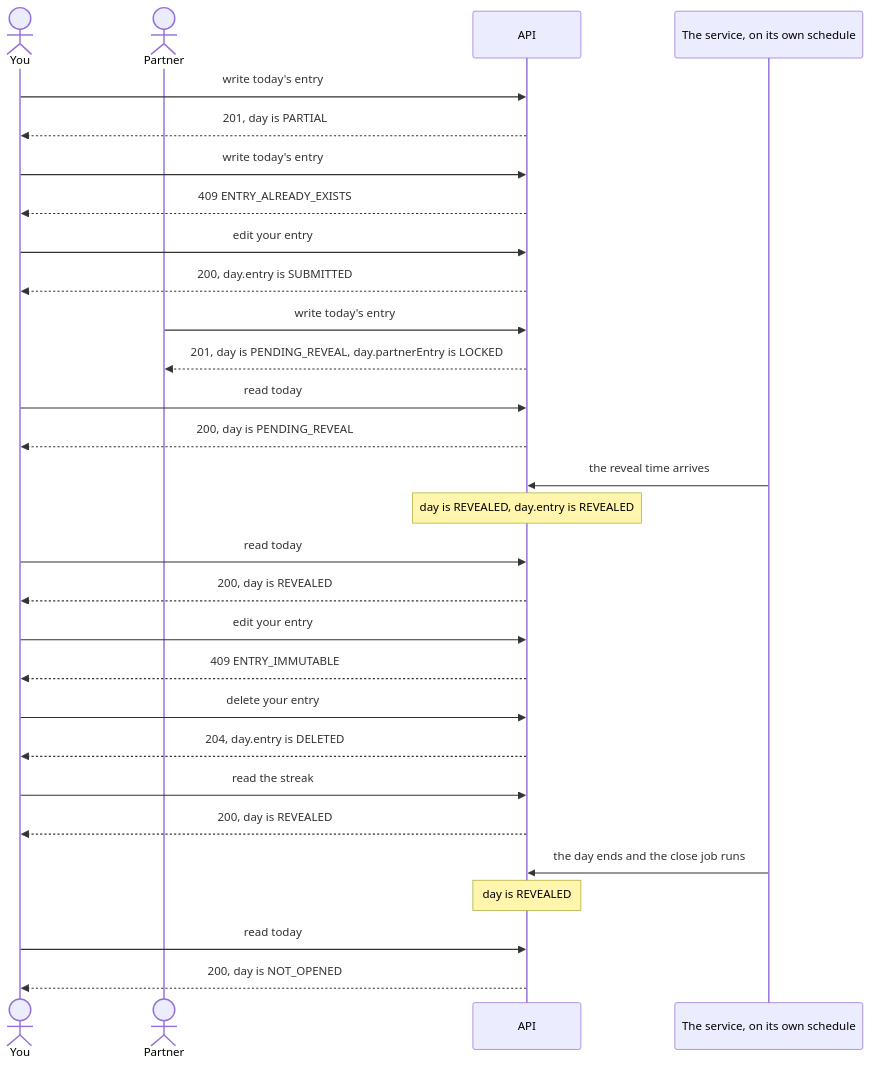
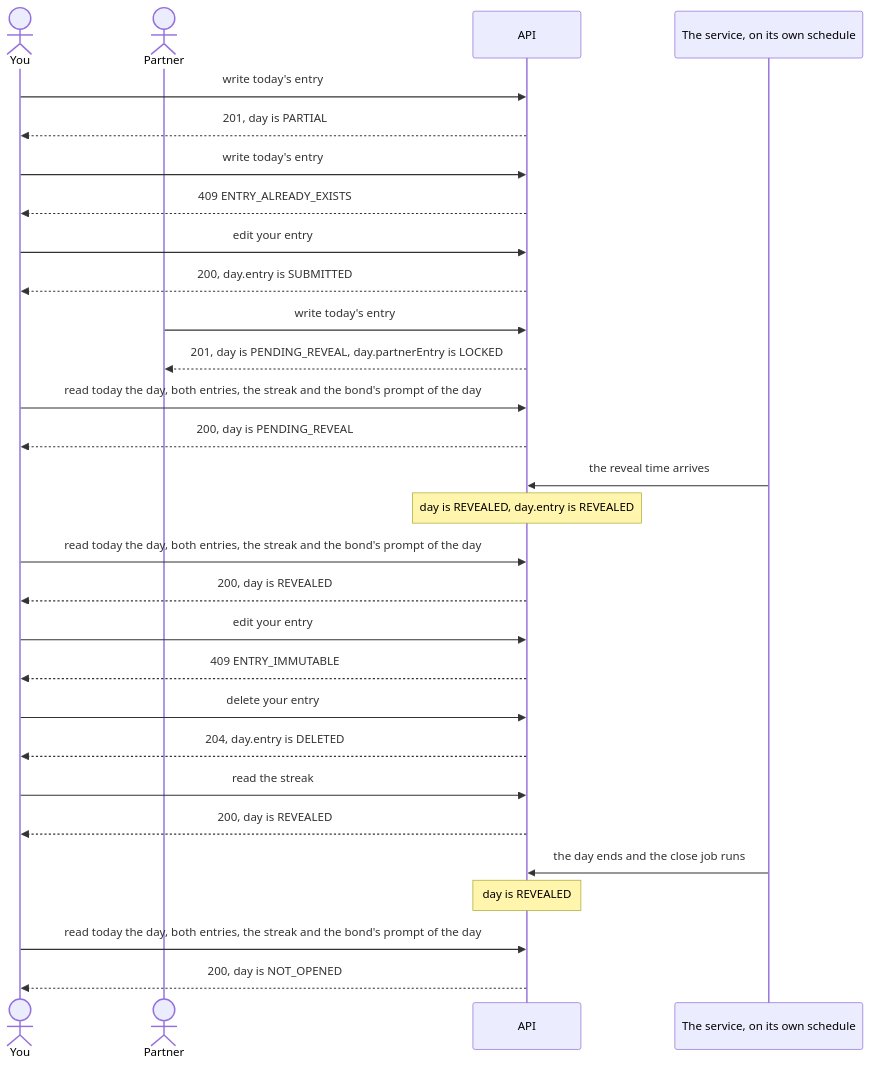
One commit to Ayodeji97/moyi-backend changed the second of 5 diagrams in docs/state-map/journeys.md. Above: the diagram before and after it, drawn with Mermaid. The commit also changed other lines of this file and 57 other files, not shown here.

````diff
--- a/docs/state-map/journeys.md
+++ b/docs/state-map/journeys.md
@@ -68,31 +68,31 @@
 ```mermaid
 sequenceDiagram
     actor You
     actor Partner
     participant API
     participant Job as The service, on its own schedule
     You->>API: write today's entry
     API-->>You: 201, day is PARTIAL
     You->>API: write today's entry
     API-->>You: 409 ENTRY_ALREADY_EXISTS
     You->>API: edit your entry
     API-->>You: 200, day.entry is SUBMITTED
     Partner->>API: write today's entry
     API-->>Partner: 201, day is PENDING_REVEAL, day.partnerEntry is LOCKED
-    You->>API: read today
+    You->>API: read today the day, both entries, the streak and the bond's prompt of the day
     API-->>You: 200, day is PENDING_REVEAL
     Job->>API: the reveal time arrives
     Note over API: day is REVEALED, day.entry is REVEALED
-    You->>API: read today
+    You->>API: read today the day, both entries, the streak and the bond's prompt of the day
     API-->>You: 200, day is REVEALED
     You->>API: edit your entry
     API-->>You: 409 ENTRY_IMMUTABLE
     You->>API: delete your entry
     API-->>You: 204, day.entry is DELETED
     You->>API: read the streak
     API-->>You: 200, day is REVEALED
     Job->>API: the day ends and the close job runs
     Note over API: day is REVEALED
-    You->>API: read today
+    You->>API: read today the day, both entries, the streak and the bond's prompt of the day
     API-->>You: 200, day is NOT_OPENED
 ```
````
